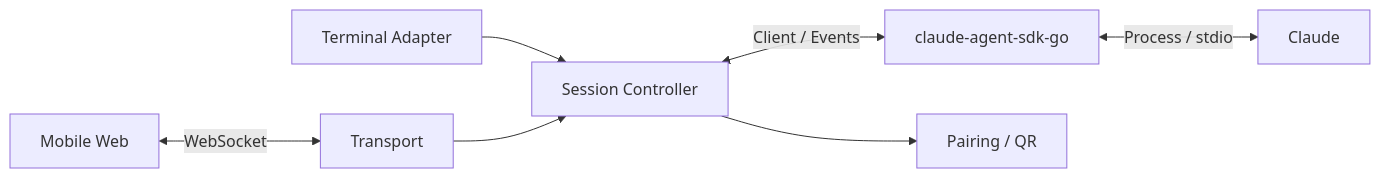
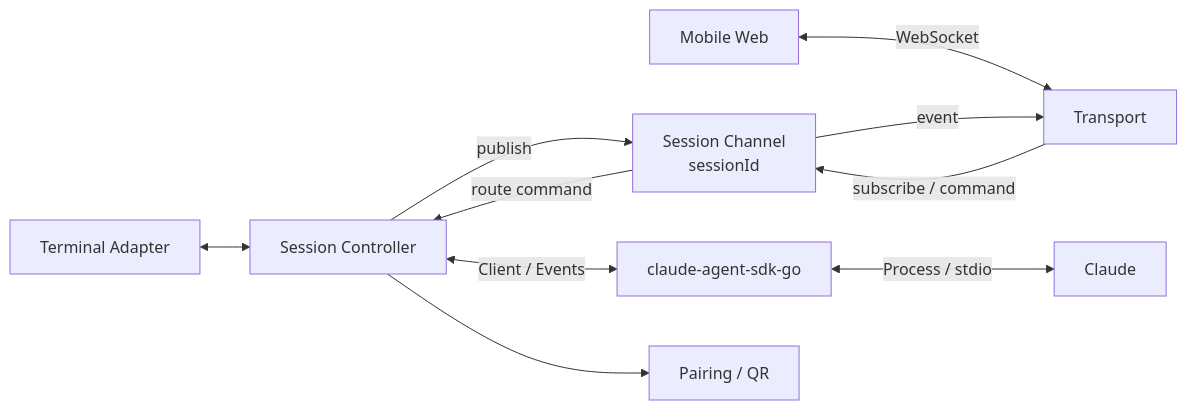
Before and after one commit to tea4go/claude-mobile-remote: the first of 3 diagrams in docs/specs/2026-08-21-claude-mobile-remote-design.md, drawn with Mermaid. The commit also changed other lines of this file and 5 other files, not shown here.

````diff
--- a/docs/specs/2026-08-21-claude-mobile-remote-design.md
+++ b/docs/specs/2026-08-21-claude-mobile-remote-design.md
@@ -15,9 +15,12 @@
 ```mermaid
 flowchart LR
-    T["Terminal Adapter"] --> SC["Session Controller"]
+    T["Terminal Adapter"] <--> SC["Session Controller"]
     M["Mobile Web"] <-->|"WebSocket"| W["Transport"]
-    W --> SC
+    W -->|"subscribe / command"| CH["Session Channel<br/>sessionId"]
+    SC -->|"publish"| CH
+    CH -->|"event"| W
+    CH -->|"route command"| SC
     SC <-->|"Client / Events"| SDK["claude-agent-sdk-go"]
     SDK <-->|"Process / stdio"| C["Claude"]
     SC --> P["Pairing / QR"]
 ```
````
